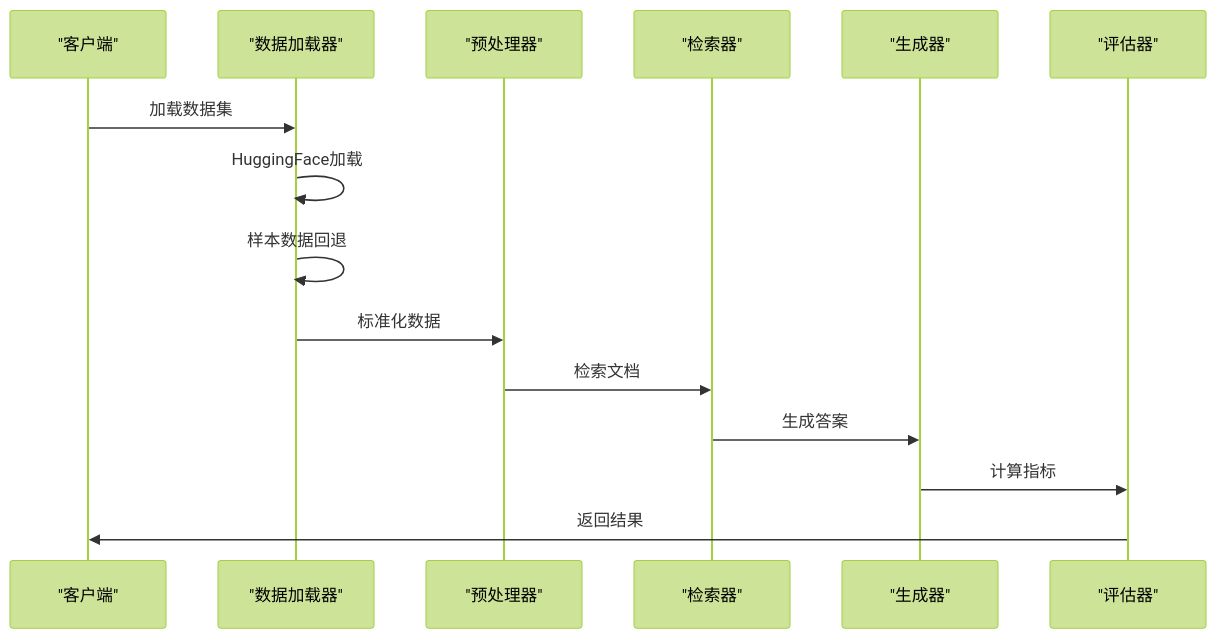
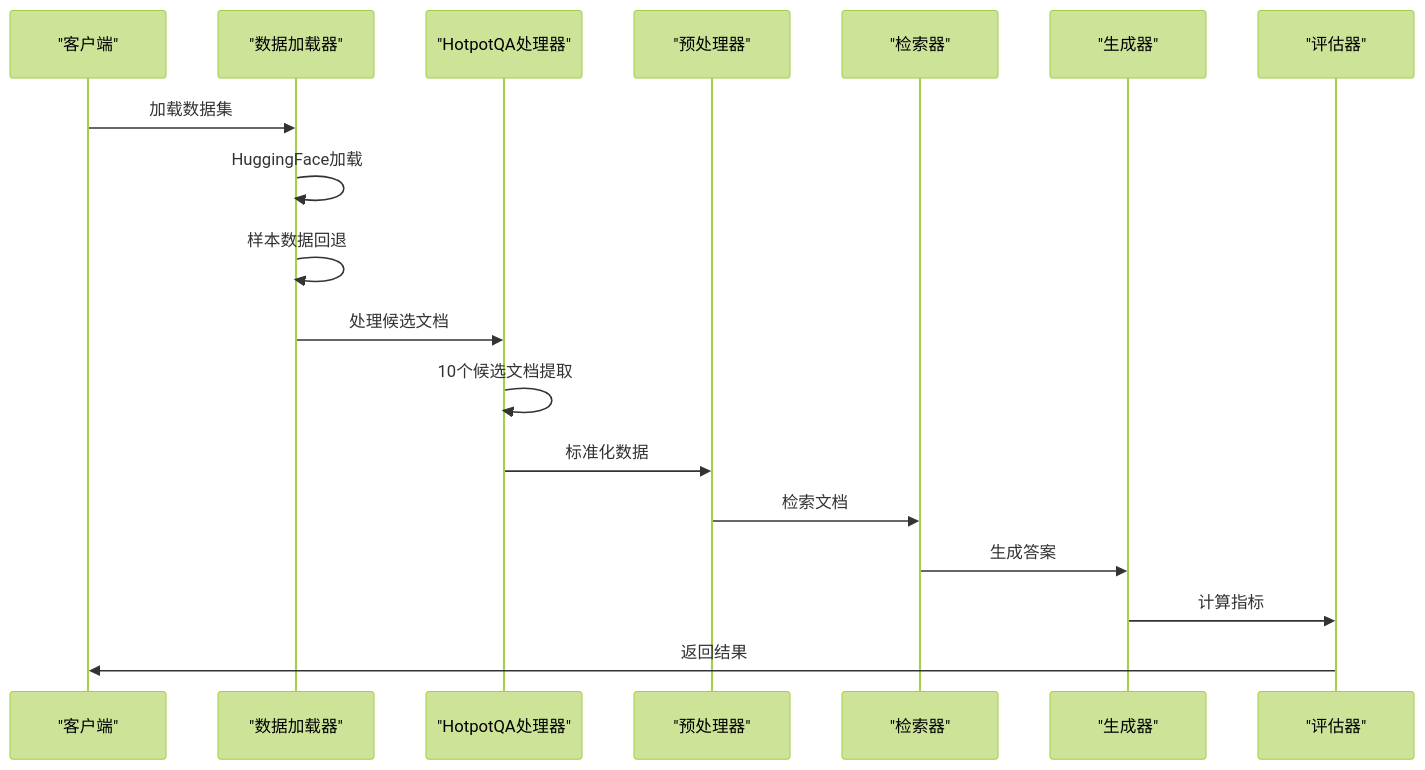
Before and after one commit to kitee0918/-nlp-rag-project: the second of 7 diagrams in .qoder/repowiki/zh/content/技术实现指南/数据处理管道.md, drawn with Mermaid (forest theme). The commit also changed other lines of this file and 4 other files, not shown here.

````diff
--- a/.qoder/repowiki/zh/content/技术实现指南/数据处理管道.md
+++ b/.qoder/repowiki/zh/content/技术实现指南/数据处理管道.md
@@ -157,17 +166,20 @@
 ```mermaid
 sequenceDiagram
 participant Client as "客户端"
 participant DataUtils as "数据加载器"
+participant HotpotQA as "HotpotQA处理器"
 participant Preprocessor as "预处理器"
 participant Retriever as "检索器"
 participant Generator as "生成器"
 participant Metrics as "评估器"
 Client->>DataUtils : 加载数据集
 DataUtils->>DataUtils : HuggingFace加载
 DataUtils->>DataUtils : 样本数据回退
-DataUtils->>Preprocessor : 标准化数据
+DataUtils->>HotpotQA : 处理候选文档
+HotpotQA->>HotpotQA : 10个候选文档提取
+HotpotQA->>Preprocessor : 标准化数据
 Preprocessor->>Retriever : 检索文档
 Retriever->>Generator : 生成答案
 Generator->>Metrics : 计算指标
 Metrics->>Client : 返回结果
 ```
````
